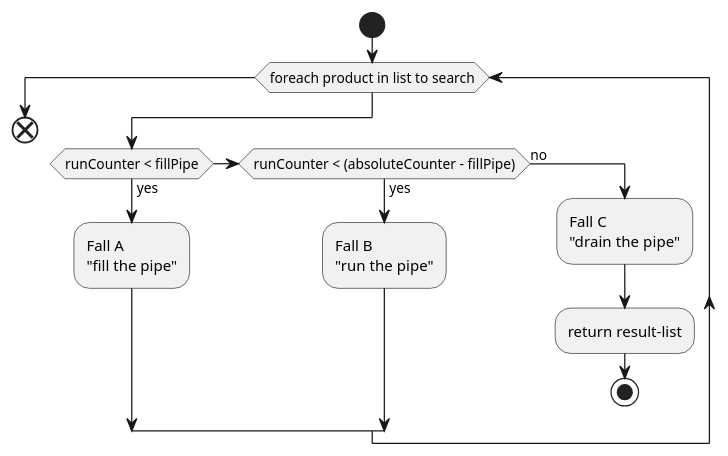
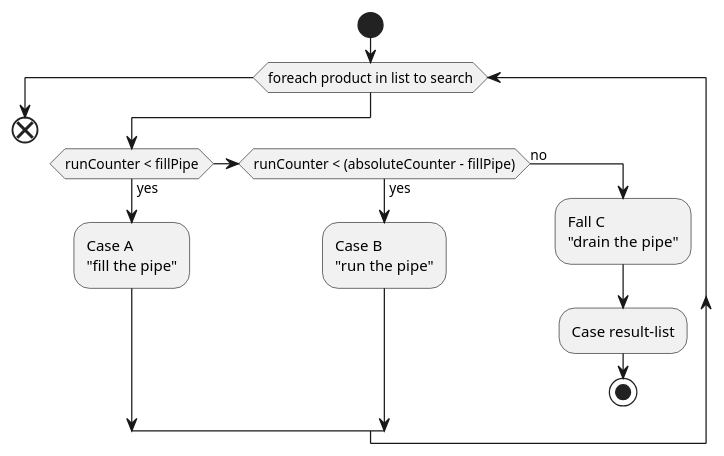
The diagram in documentation/pap/simultaniusSearchDb.puml (KnYL3R/AmIVulnerable), drawn with PlantUML before and after one commit. The commit also changed 10 other files, not shown here.

Commit message:
Fall -> Case

```diff
--- a/documentation/pap/simultaniusSearchDb.puml
+++ b/documentation/pap/simultaniusSearchDb.puml
@@ -1,17 +1,17 @@
 @startuml "Simultanius search on LiteDb-Files"
 
     start
     while (foreach product in list to search)
         if (runCounter < fillPipe) then (yes)
-            :Fall A\n"fill the pipe";
+            :Case A\n"fill the pipe";
         elseif (runCounter < (absoluteCounter - fillPipe)) then (yes)
-            :Fall B\n"run the pipe";
+            :Case B\n"run the pipe";
         else (no)
             :Fall C\n"drain the pipe";
-            :return result-list;
+            :Case result-list;
             stop
         endif
     endwhile
     end
 
 @enduml
```
